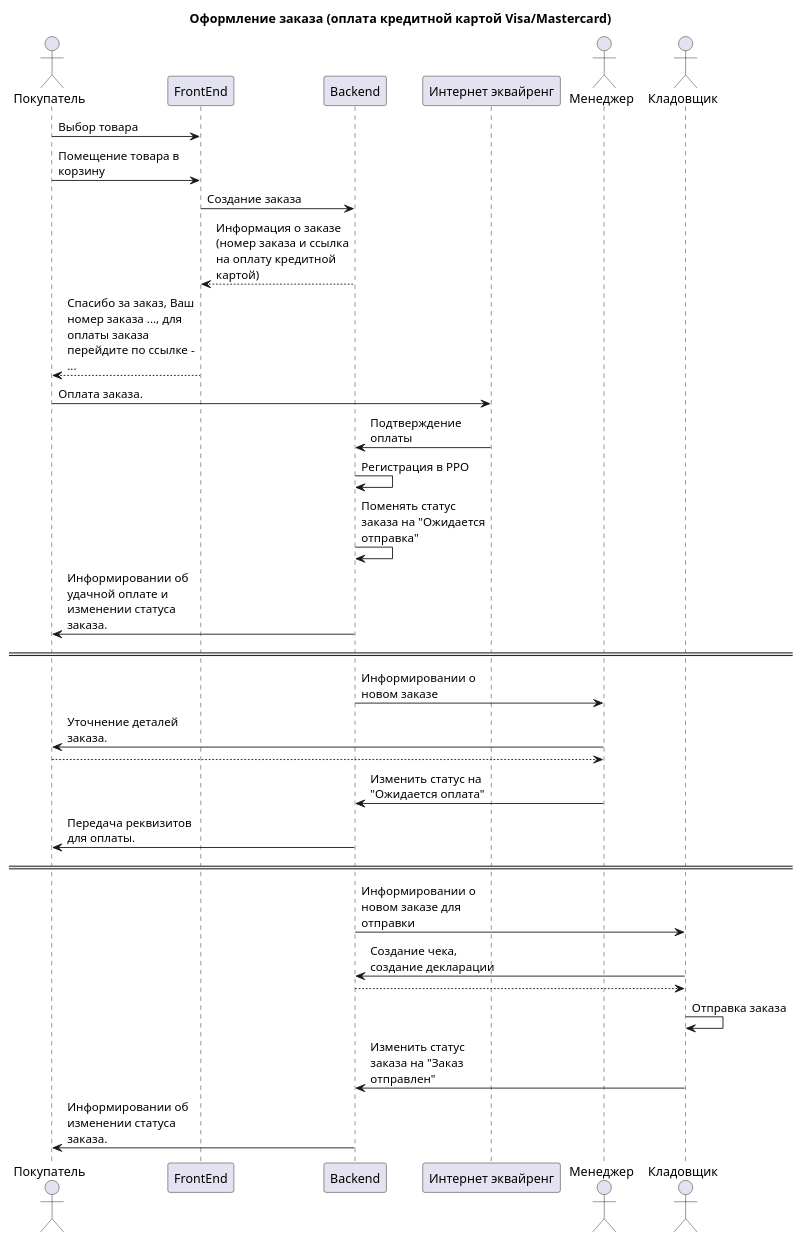
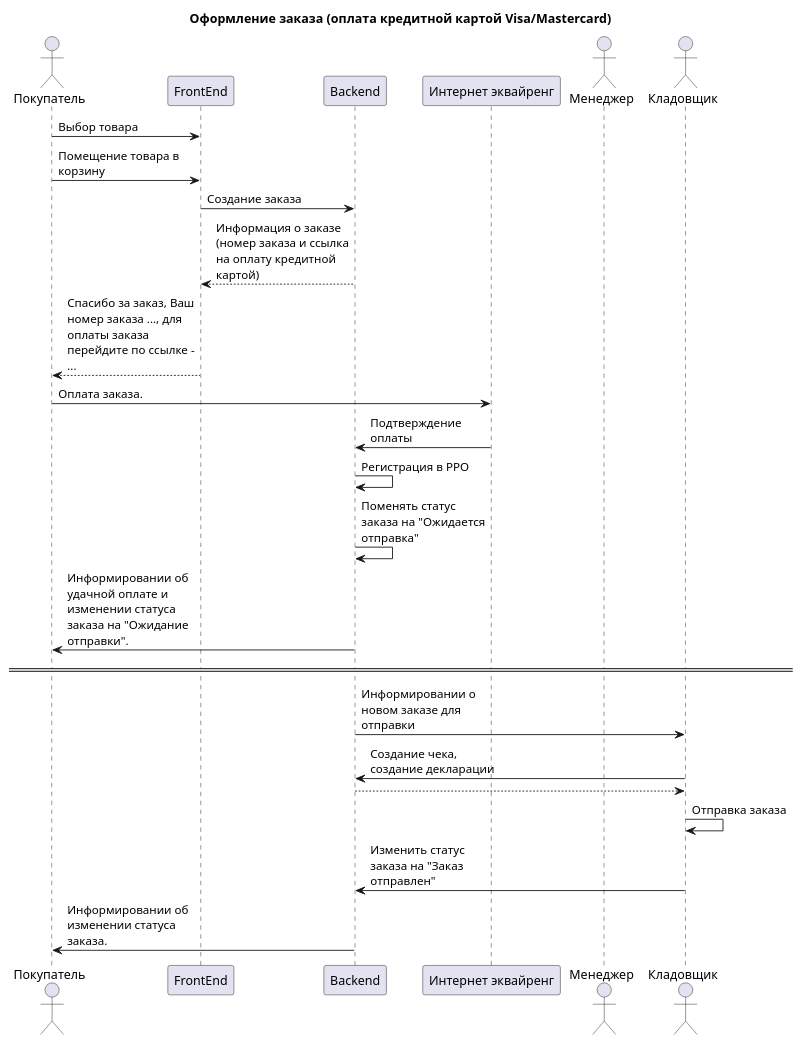
One commit to VadimShtukan/per.ua.ms changed the diagram in documentation/use_case/create_order_3.puml. Above: the diagram before and after it, drawn with PlantUML.

```diff
--- a/documentation/use_case/create_order_3.puml
+++ b/documentation/use_case/create_order_3.puml
@@ -1,39 +1,32 @@
 @startuml
 title Оформление заказа (оплата кредитной картой Visa/Mastercard)
 skinparam maxmessagesize 150
 
 actor Покупатель as User
 participant "FrontEnd" as FrontEnd
 participant "Backend" as Backend
 participant "Интернет эквайренг" as PayService
 actor Менеджер as Manager
 actor Кладовщик as StockMan
 
 User -> FrontEnd: Выбор товара
 User -> FrontEnd: Помещение товара в корзину
 FrontEnd -> Backend: Создание заказа
 Backend --> FrontEnd: Информация о заказе (номер заказа и ссылка на оплату кредитной картой)
 FrontEnd --> User: Спасибо за заказ, Ваш номер заказа ..., для оплаты заказа перейдите по ссылке - ...
 User -> PayService: Оплата заказа.
 PayService -> Backend: Подтверждение оплаты
 Backend -> Backend: Регистрация в РРО
 Backend -> Backend: Поменять статус заказа на "Ожидается отправка"
-Backend -> User: Информировании об удачной оплате и изменении статуса заказа.
-
-==  ==
-Backend -> Manager: Информировании о новом заказе
-Manager -> User: Уточнение деталей заказа.
-User --> Manager:
-Manager -> Backend: Изменить статус на "Ожидается оплата"
-Backend -> User: Передача реквизитов для оплаты.
+Backend -> User: Информировании об удачной оплате и изменении статуса заказа на "Ожидание отправки".
 
 ==  ==
 Backend -> StockMan: Информировании о новом заказе для отправки
 StockMan -> Backend: Создание чека, создание декларации
 Backend --> StockMan:
 StockMan -> StockMan: Отправка заказа
 StockMan -> Backend: Изменить статус заказа на "Заказ отправлен"
 Backend -> User: Информировании об изменении статуса заказа.
 
 
 @enduml
```
